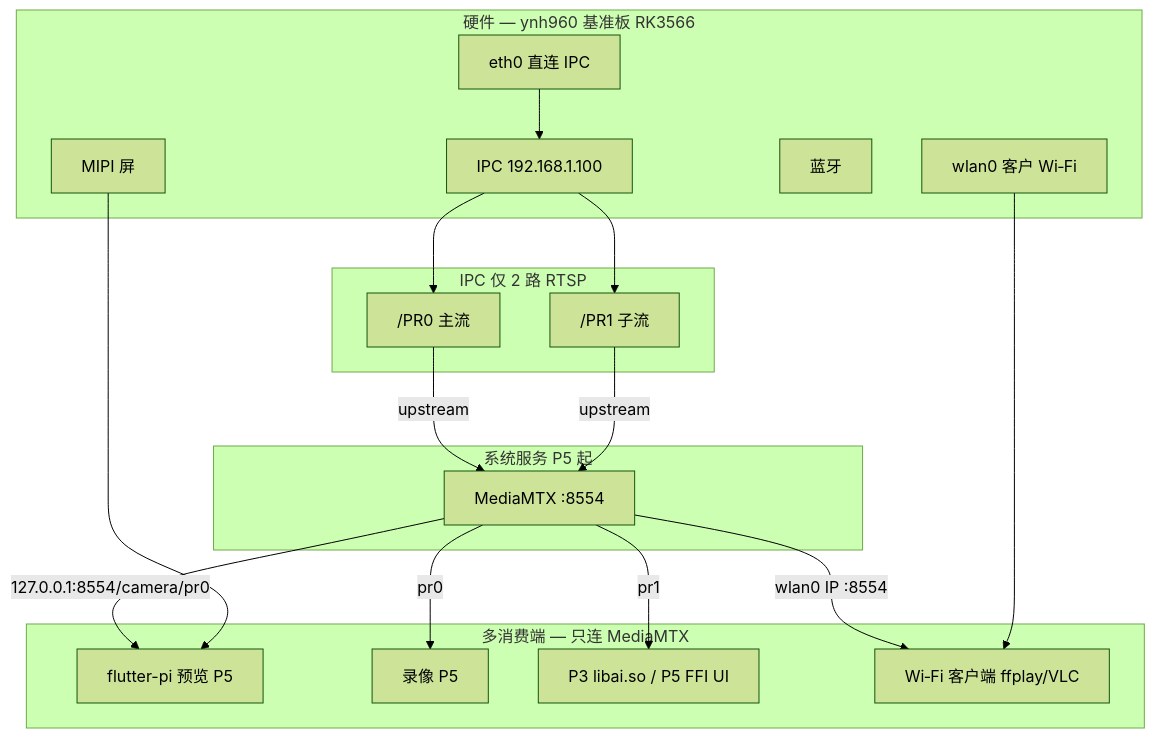
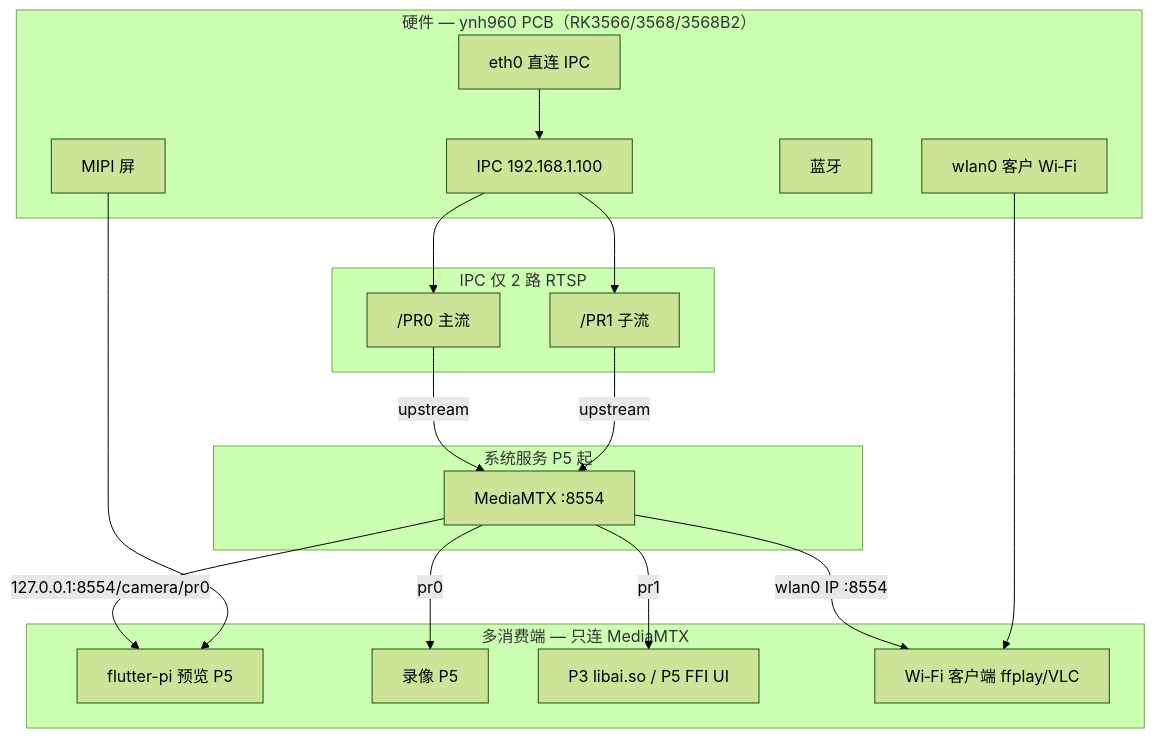
Before and after one commit to feng268050-ctrl/flutter_app: the first of 2 diagrams in docs/flutter-pi-hmi-plan.md, drawn with Mermaid (forest theme). The commit also changed other lines of this file and 80 other files, not shown here.

````diff
--- a/docs/flutter-pi-hmi-plan.md
+++ b/docs/flutter-pi-hmi-plan.md
@@ -90,38 +90,38 @@
 ```mermaid
 flowchart TB
-  subgraph hw [硬件 — ynh960 基准板 RK3566]
+  subgraph hw [硬件 — ynh960 PCB（RK3566/3568/3568B2）]
     IPC[IPC 192.168.1.100]
     ETH[eth0 直连 IPC]
     WIFI[wlan0 客户 Wi‑Fi]
     BT[蓝牙]
     LCD[MIPI 屏]
   end
 
   subgraph cam [IPC 仅 2 路 RTSP]
     PR0["/PR0 主流"]
     PR1["/PR1 子流"]
   end
 
   subgraph svc [系统服务 P5 起]
     MTX[MediaMTX :8554]
   end
 
   subgraph consumers [多消费端 — 只连 MediaMTX]
     FP[flutter-pi 预览 P5]
     REC[录像 P5]
     AI[P3 libai.so / P5 FFI UI]
     LAN[Wi‑Fi 客户端 ffplay/VLC]
   end
 
   ETH --> IPC
   IPC --> PR0
   IPC --> PR1
   PR0 -->|upstream| MTX
   PR1 -->|upstream| MTX
   MTX -->|127.0.0.1:8554/camera/pr0| FP
   MTX -->|pr0| REC
   MTX -->|pr1| AI
   MTX -->|wlan0 IP :8554| LAN
   WIFI --> LAN
   LCD --> FP
 ```
````
